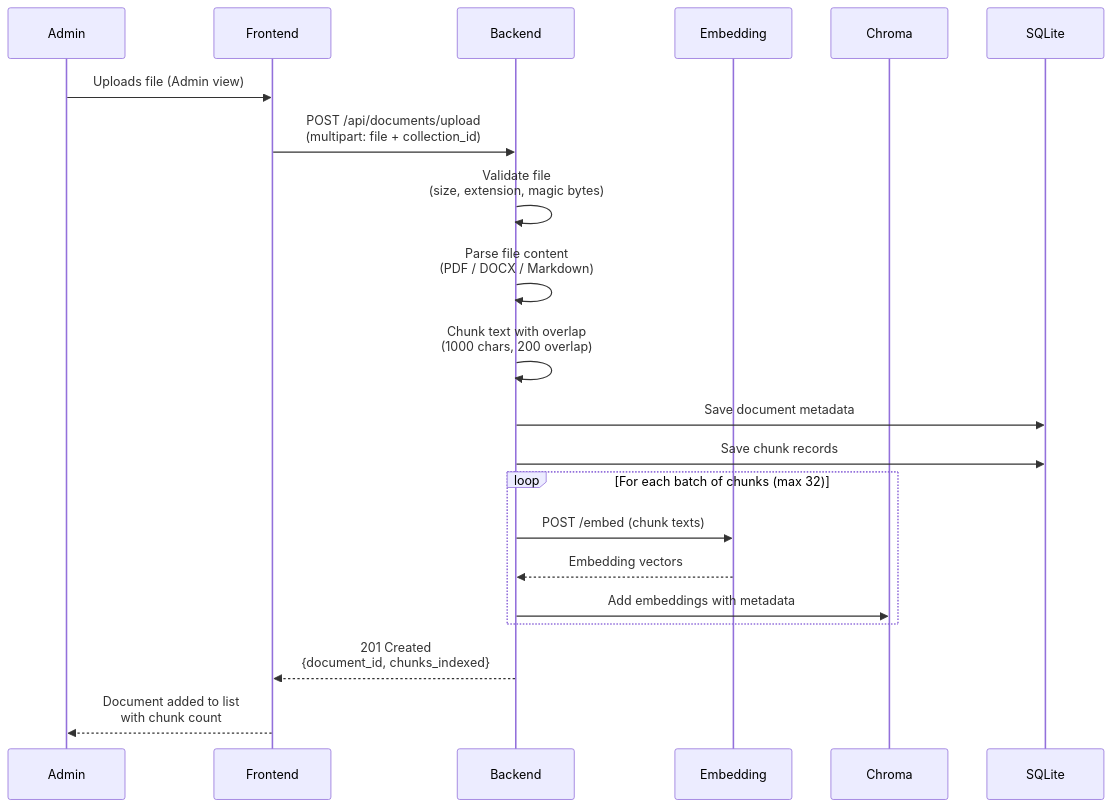
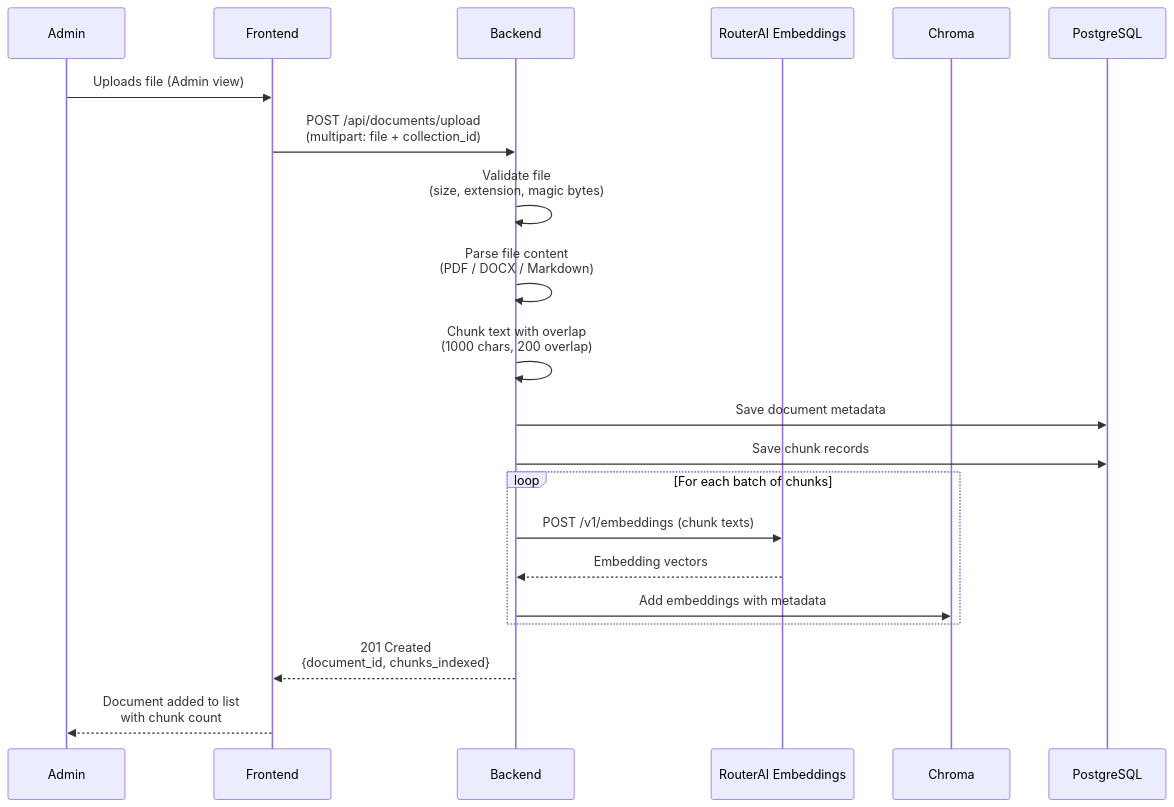
The second of 3 diagrams in docs/architecture.md (n-marusov/vedo-help), drawn with Mermaid before and after one commit. The commit also changed other lines of this file and 17 other files, not shown here.

````diff
--- a/docs/architecture.md
+++ b/docs/architecture.md
@@ -171,24 +170,24 @@
 ```mermaid
 sequenceDiagram
     participant U as Admin
     participant F as Frontend
     participant B as Backend
-    participant E as Embedding
+    participant E as RouterAI Embeddings
     participant C as Chroma
-    participant S as SQLite
+    participant P as PostgreSQL
 
     U->>F: Uploads file (Admin view)
     F->>B: POST /api/documents/upload<br/>(multipart: file + collection_id)
     B->>B: Validate file<br/>(size, extension, magic bytes)
     B->>B: Parse file content<br/>(PDF / DOCX / Markdown)
     B->>B: Chunk text with overlap<br/>(1000 chars, 200 overlap)
-    B->>S: Save document metadata
-    B->>S: Save chunk records
-    loop For each batch of chunks (max 32)
-        B->>E: POST /embed (chunk texts)
+    B->>P: Save document metadata
+    B->>P: Save chunk records
+    loop For each batch of chunks
+        B->>E: POST /v1/embeddings (chunk texts)
         E-->>B: Embedding vectors
         B->>C: Add embeddings with metadata
     end
     B-->>F: 201 Created<br/>{document_id, chunks_indexed}
     F-->>U: Document added to list<br/>with chunk count
 ```
````
